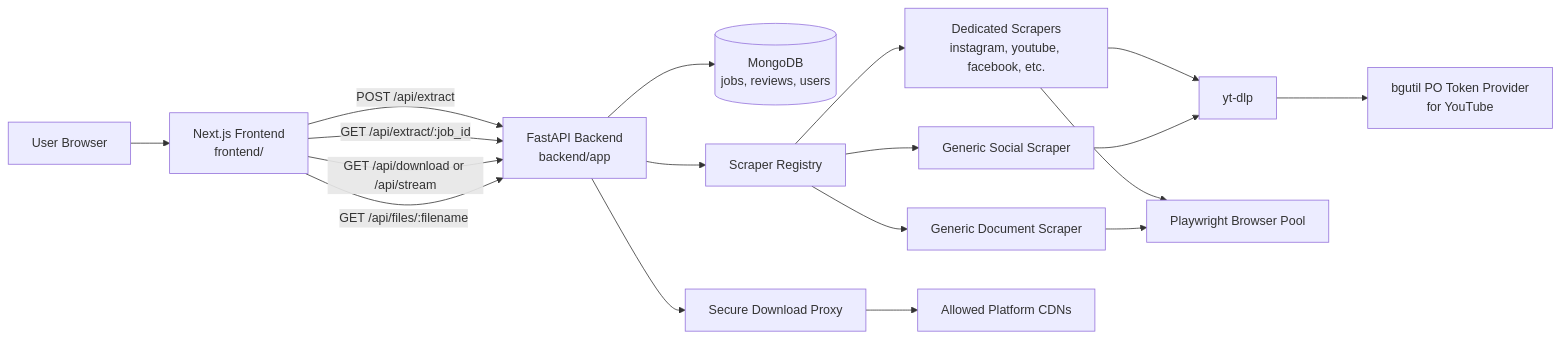
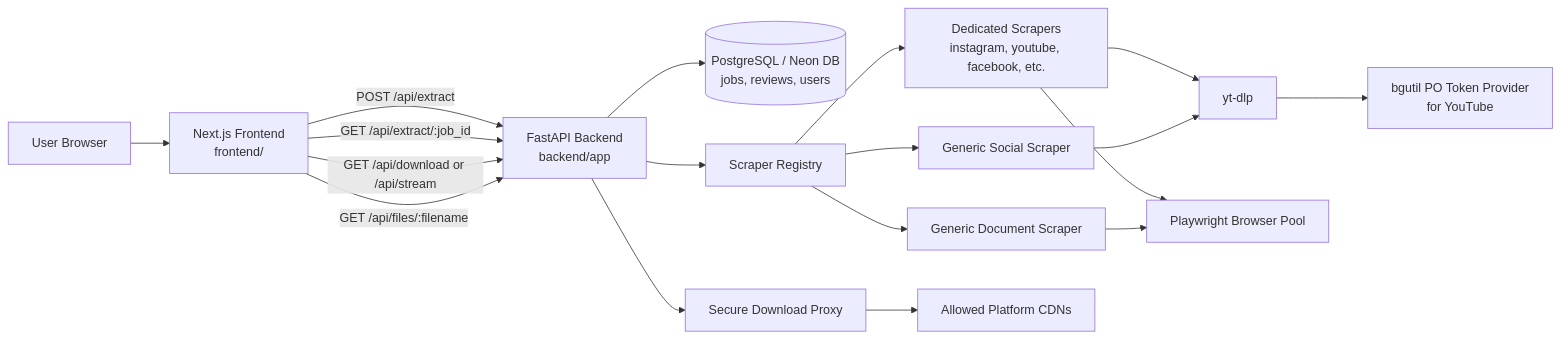
Before and after one commit to SpiritOfKedar/extractify: the first of 3 diagrams in README.md, drawn with Mermaid. The commit also changed other lines of this file and 33 other files, not shown here.

First line of the commit message:
Refactor backend to use PostgreSQL with SQLAlchemy

````diff
--- a/README.md
+++ b/README.md
@@ -34,25 +34,25 @@
 ```mermaid
 flowchart LR
     U[User Browser] --> F[Next.js Frontend<br/>frontend/]
 
     F -->|POST /api/extract| API[FastAPI Backend<br/>backend/app]
     F -->|GET /api/extract/:job_id| API
     F -->|GET /api/download or /api/stream| API
     F -->|GET /api/files/:filename| API
 
-    API --> DB[(MongoDB<br/>jobs, reviews, users)]
+    API --> DB[(PostgreSQL / Neon DB<br/>jobs, reviews, users)]
     API --> REG[Scraper Registry]
 
     REG --> DS[Dedicated Scrapers<br/>instagram, youtube, facebook, etc.]
     REG --> GS[Generic Social Scraper]
     REG --> GD[Generic Document Scraper]
 
     DS --> YTDLP[yt-dlp]
     GS --> YTDLP
     DS --> PW[Playwright Browser Pool]
     GD --> PW
 
     YTDLP --> POT[bgutil PO Token Provider<br/>for YouTube]
     API --> PX[Secure Download Proxy]
     PX --> CDN[Allowed Platform CDNs]
 ```
````
